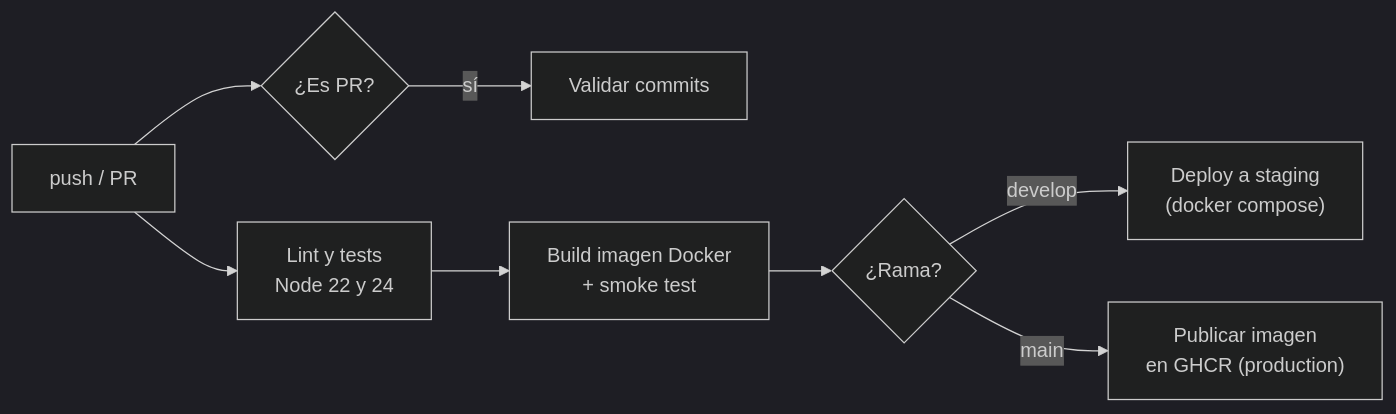
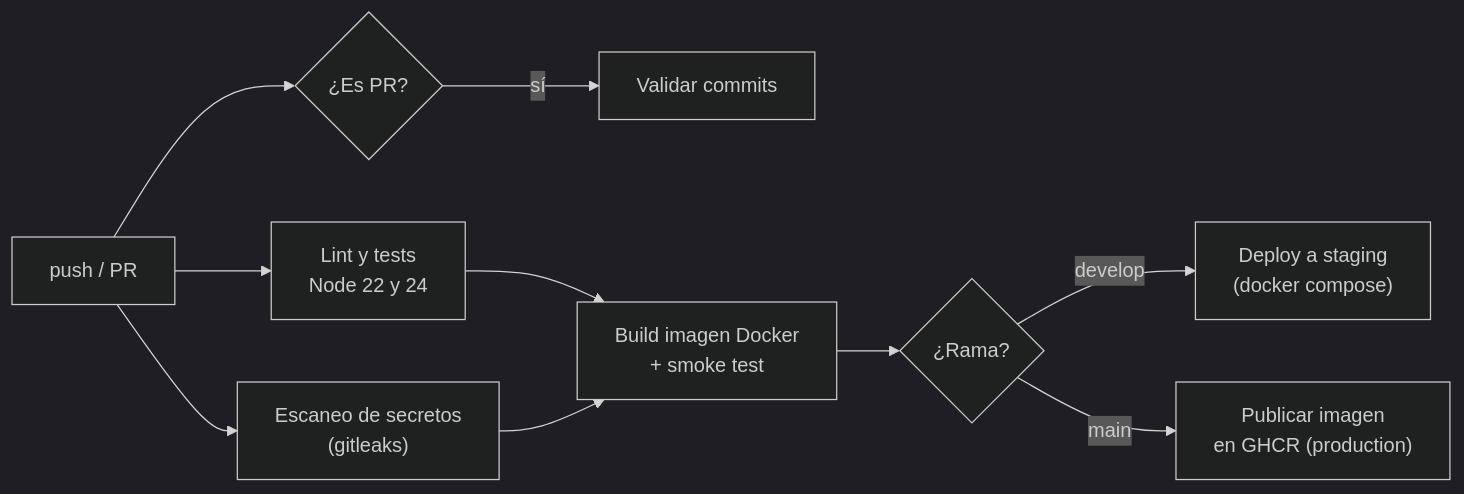
One commit to BenjaminStavrakopulos/devops-ep1-microservicio changed the diagram in docs/CI-CD.md. Above: the diagram before and after it, drawn with Mermaid (dark theme). The commit also changed other lines of this file, not shown here.

Commit message:
docs(ci): documentar escaneo de secretos y manejo de credenciales

````diff
--- a/docs/CI-CD.md
+++ b/docs/CI-CD.md
@@ -29,10 +29,12 @@
 ```mermaid
 flowchart LR
   A[push / PR] --> B{¿Es PR?}
   B -- sí --> C[Validar commits]
   A --> D["Lint y tests<br/>Node 22 y 24"]
+  A --> S["Escaneo de secretos<br/>(gitleaks)"]
   D --> E["Build imagen Docker<br/>+ smoke test"]
+  S --> E
   E --> F{¿Rama?}
   F -- develop --> G["Deploy a staging<br/>(docker compose)"]
   F -- main --> H["Publicar imagen<br/>en GHCR (production)"]
 ```
````
